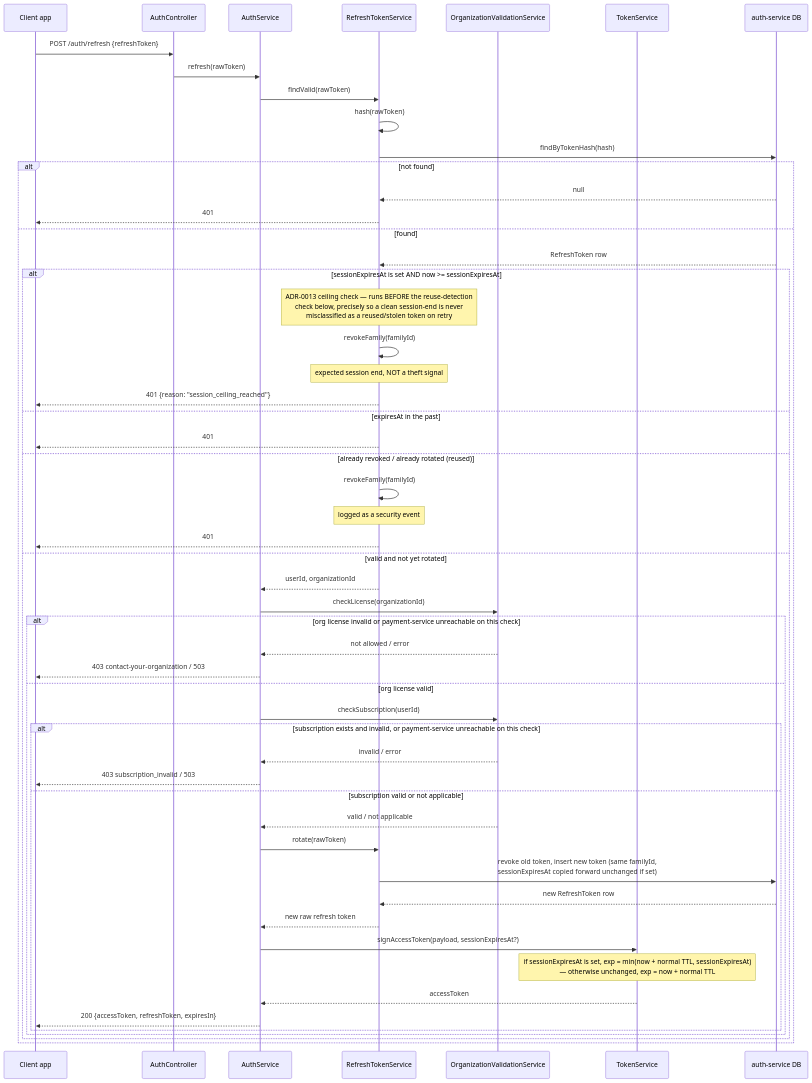
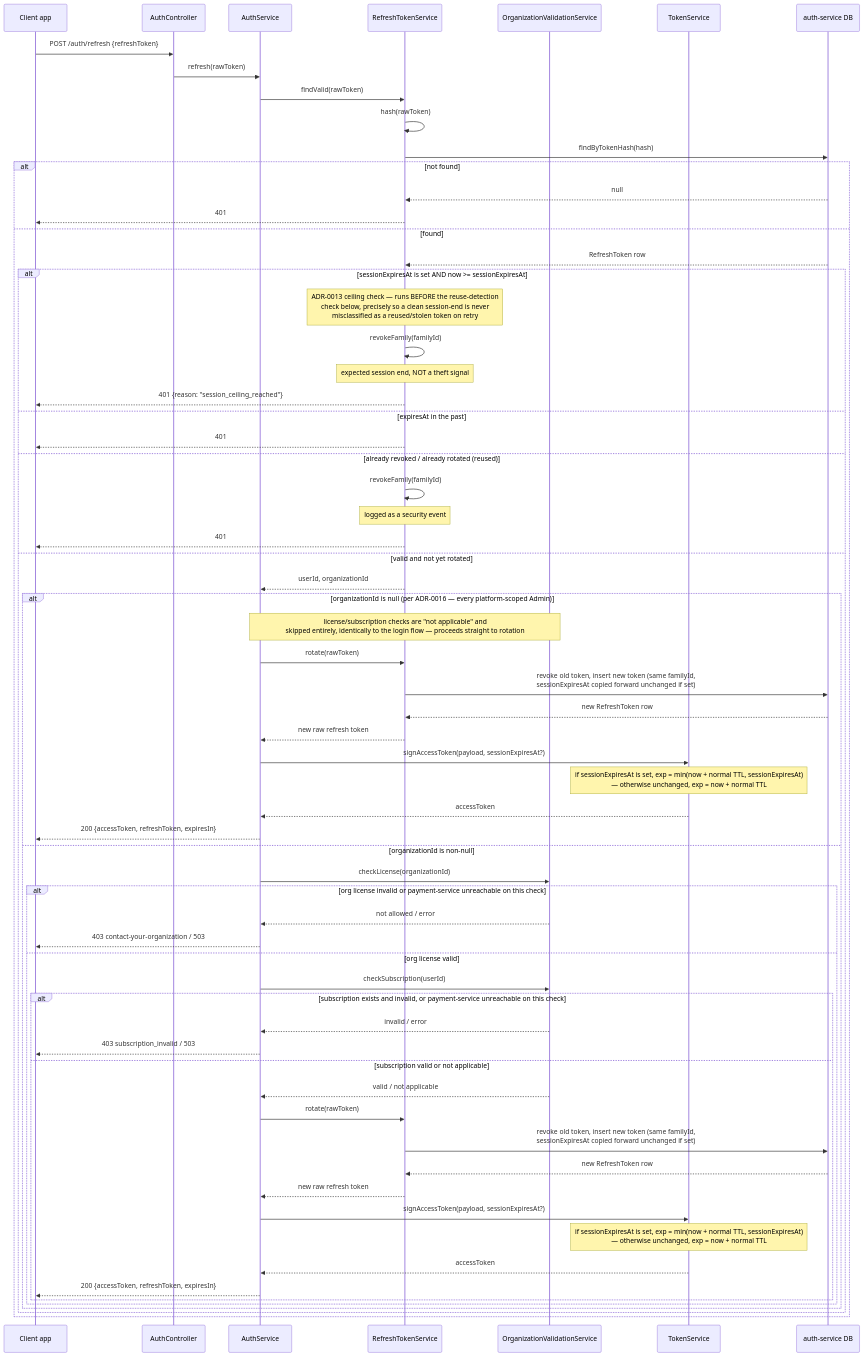
One commit to nawara-solutions/nawara-core changed the seventh of 17 diagrams in docs/sdd/auth-service.md. Above: the diagram before and after it, drawn with Mermaid. The commit also changed other lines of this file and 6 other files, not shown here.

First line of the commit message:
docs(auth-service): add owner-bootstrap ADR and fix admin design gaps

````diff
--- a/docs/sdd/auth-service.md
+++ b/docs/sdd/auth-service.md
@@ -1156,57 +1193,69 @@
 ```mermaid
 sequenceDiagram
     participant App as Client app
     participant AC as AuthController
     participant AS as AuthService
     participant RTS as RefreshTokenService
     participant OVS as OrganizationValidationService
     participant TS as TokenService
     participant DB as auth-service DB
 
     App->>AC: POST /auth/refresh {refreshToken}
     AC->>AS: refresh(rawToken)
     AS->>RTS: findValid(rawToken)
     RTS->>RTS: hash(rawToken)
     RTS->>DB: findByTokenHash(hash)
     alt not found
         DB-->>RTS: null
         RTS-->>App: 401
     else found
         DB-->>RTS: RefreshToken row
         alt sessionExpiresAt is set AND now >= sessionExpiresAt
             Note over RTS: ADR-0013 ceiling check — runs BEFORE the reuse-detection<br/>check below, precisely so a clean session-end is never<br/>misclassified as a reused/stolen token on retry
             RTS->>RTS: revokeFamily(familyId)
             Note over RTS: expected session end, NOT a theft signal
             RTS-->>App: 401 {reason: "session_ceiling_reached"}
         else expiresAt in the past
             RTS-->>App: 401
         else already revoked / already rotated (reused)
             RTS->>RTS: revokeFamily(familyId)
             Note over RTS: logged as a security event
             RTS-->>App: 401
         else valid and not yet rotated
             RTS-->>AS: userId, organizationId
-            AS->>OVS: checkLicense(organizationId)
-            alt org license invalid or payment-service unreachable on this check
-                OVS-->>AS: not allowed / error
-                AS-->>App: 403 contact-your-organization / 503
-            else org license valid
-                AS->>OVS: checkSubscription(userId)
-                alt subscription exists and invalid, or payment-service unreachable on this check
-                    OVS-->>AS: invalid / error
-                    AS-->>App: 403 subscription_invalid / 503
-                else subscription valid or not applicable
-                    OVS-->>AS: valid / not applicable
-                    AS->>RTS: rotate(rawToken)
-                    RTS->>DB: revoke old token, insert new token (same familyId,<br/>sessionExpiresAt copied forward unchanged if set)
-                    DB-->>RTS: new RefreshToken row
-                    RTS-->>AS: new raw refresh token
-                    AS->>TS: signAccessToken(payload, sessionExpiresAt?)
-                    Note over TS: if sessionExpiresAt is set, exp = min(now + normal TTL, sessionExpiresAt)<br/>— otherwise unchanged, exp = now + normal TTL
-                    TS-->>AS: accessToken
-                    AS-->>App: 200 {accessToken, refreshToken, expiresIn}
+            alt organizationId is null (per ADR-0016 — every platform-scoped Admin)
+                Note over AS,OVS: license/subscription checks are "not applicable" and<br/>skipped entirely, identically to the login flow — proceeds straight to rotation
+                AS->>RTS: rotate(rawToken)
+                RTS->>DB: revoke old token, insert new token (same familyId,<br/>sessionExpiresAt copied forward unchanged if set)
+                DB-->>RTS: new RefreshToken row
+                RTS-->>AS: new raw refresh token
+                AS->>TS: signAccessToken(payload, sessionExpiresAt?)
+                Note over TS: if sessionExpiresAt is set, exp = min(now + normal TTL, sessionExpiresAt)<br/>— otherwise unchanged, exp = now + normal TTL
+                TS-->>AS: accessToken
+                AS-->>App: 200 {accessToken, refreshToken, expiresIn}
+            else organizationId is non-null
+                AS->>OVS: checkLicense(organizationId)
+                alt org license invalid or payment-service unreachable on this check
+                    OVS-->>AS: not allowed / error
+                    AS-->>App: 403 contact-your-organization / 503
+                else org license valid
+                    AS->>OVS: checkSubscription(userId)
+                    alt subscription exists and invalid, or payment-service unreachable on this check
+                        OVS-->>AS: invalid / error
+                        AS-->>App: 403 subscription_invalid / 503
+                    else subscription valid or not applicable
+                        OVS-->>AS: valid / not applicable
+                        AS->>RTS: rotate(rawToken)
+                        RTS->>DB: revoke old token, insert new token (same familyId,<br/>sessionExpiresAt copied forward unchanged if set)
+                        DB-->>RTS: new RefreshToken row
+                        RTS-->>AS: new raw refresh token
+                        AS->>TS: signAccessToken(payload, sessionExpiresAt?)
+                        Note over TS: if sessionExpiresAt is set, exp = min(now + normal TTL, sessionExpiresAt)<br/>— otherwise unchanged, exp = now + normal TTL
+                        TS-->>AS: accessToken
+                        AS-->>App: 200 {accessToken, refreshToken, expiresIn}
+                    end
                 end
             end
         end
     end
 ```
````
